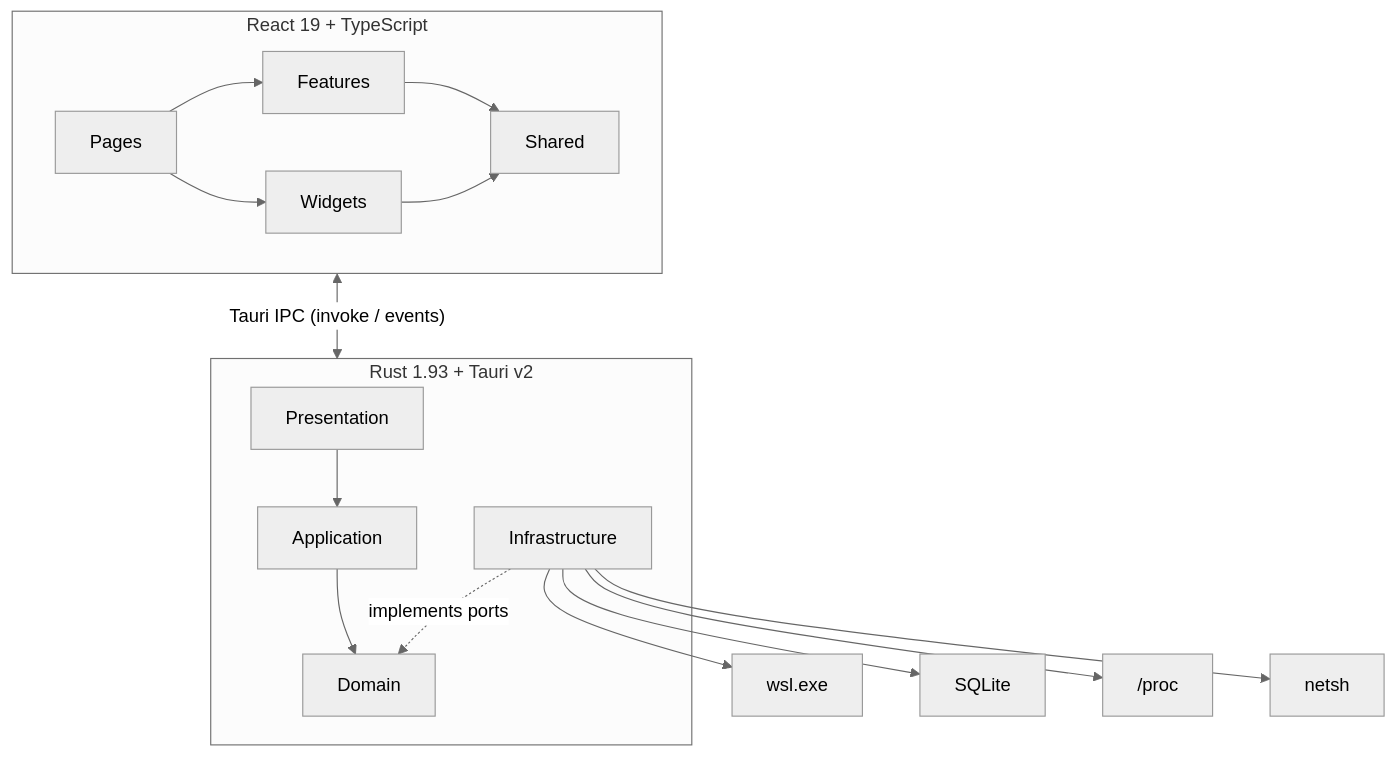
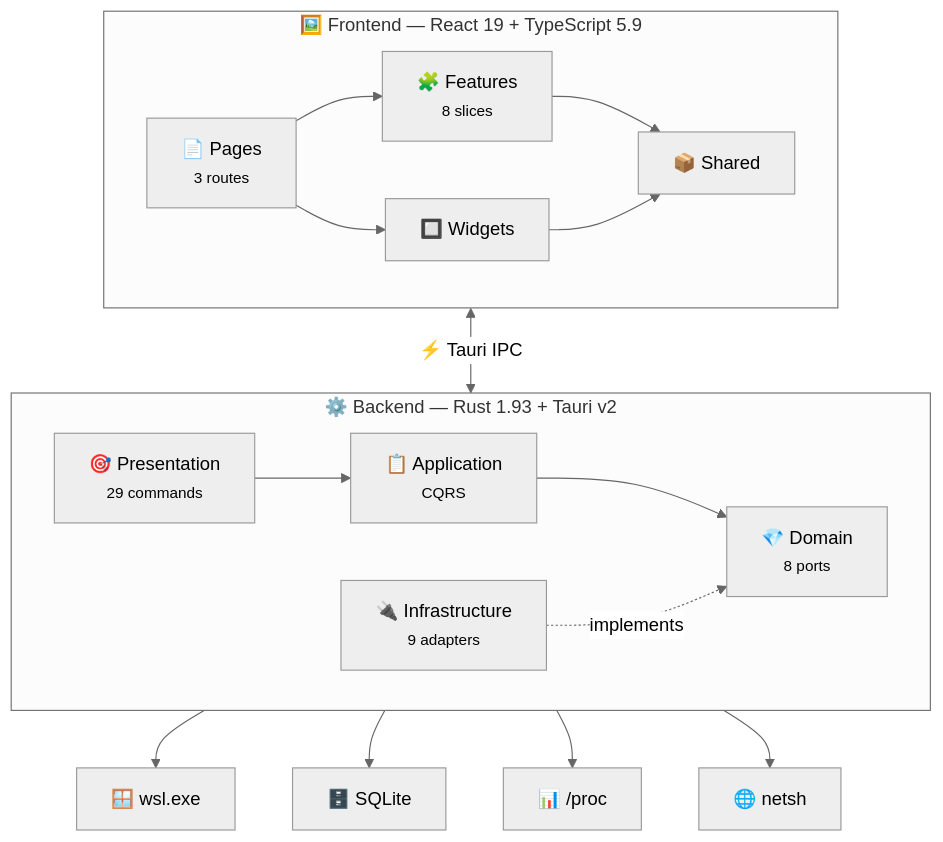
The first of 2 diagrams in README.md (muchiny/wsl-dashboard), drawn with Mermaid (neutral theme) before and after one commit. The commit also changed other lines of this file and 14 other files, not shown here.

First line of the commit message:
chore: bump version to 1.0.1, enrich READMEs with emojis and mermaid diagrams

````diff
--- a/README.md
+++ b/README.md
@@ -47,30 +34,31 @@
 ```mermaid
 graph TB
-    subgraph Frontend["React 19 + TypeScript"]
-        Pages["Pages"]
-        Features["Features"]
-        Widgets["Widgets"]
-        Shared["Shared"]
-        Pages --> Features
-        Pages --> Widgets
-        Features --> Shared
-        Widgets --> Shared
+    subgraph FE["🖼️ Frontend — React 19 + TypeScript 5.9"]
+        direction LR
+        P["📄 Pages<br/><small>3 routes</small>"]
+        F["🧩 Features<br/><small>8 slices</small>"]
+        W["🔲 Widgets"]
+        S["📦 Shared"]
+        P --> F
+        P --> W
+        F --> S
+        W --> S
     end
 
-    subgraph Backend["Rust 1.93 + Tauri v2"]
-        Presentation["Presentation"]
-        Application["Application"]
-        Domain["Domain"]
-        Infrastructure["Infrastructure"]
-        Presentation --> Application
-        Application --> Domain
-        Infrastructure -.->|implements ports| Domain
+    subgraph BE["⚙️ Backend — Rust 1.93 + Tauri v2"]
+        direction LR
+        PR["🎯 Presentation<br/><small>29 commands</small>"]
+        AP["📋 Application<br/><small>CQRS</small>"]
+        DO["💎 Domain<br/><small>8 ports</small>"]
+        IN["🔌 Infrastructure<br/><small>9 adapters</small>"]
+        PR --> AP --> DO
+        IN -.->|implements| DO
     end
 
-    Frontend <-->|"Tauri IPC (invoke / events)"| Backend
+    FE <-->|"⚡ Tauri IPC"| BE
 
-    Infrastructure --> WSL["wsl.exe"]
-    Infrastructure --> SQLite["SQLite"]
-    Infrastructure --> ProcFS["/proc"]
-    Infrastructure --> Netsh["netsh"]
+    IN --> WSL["🪟 wsl.exe"]
+    IN --> DB["🗄️ SQLite"]
+    IN --> PROC["📊 /proc"]
+    IN --> NET["🌐 netsh"]
 ```
````
